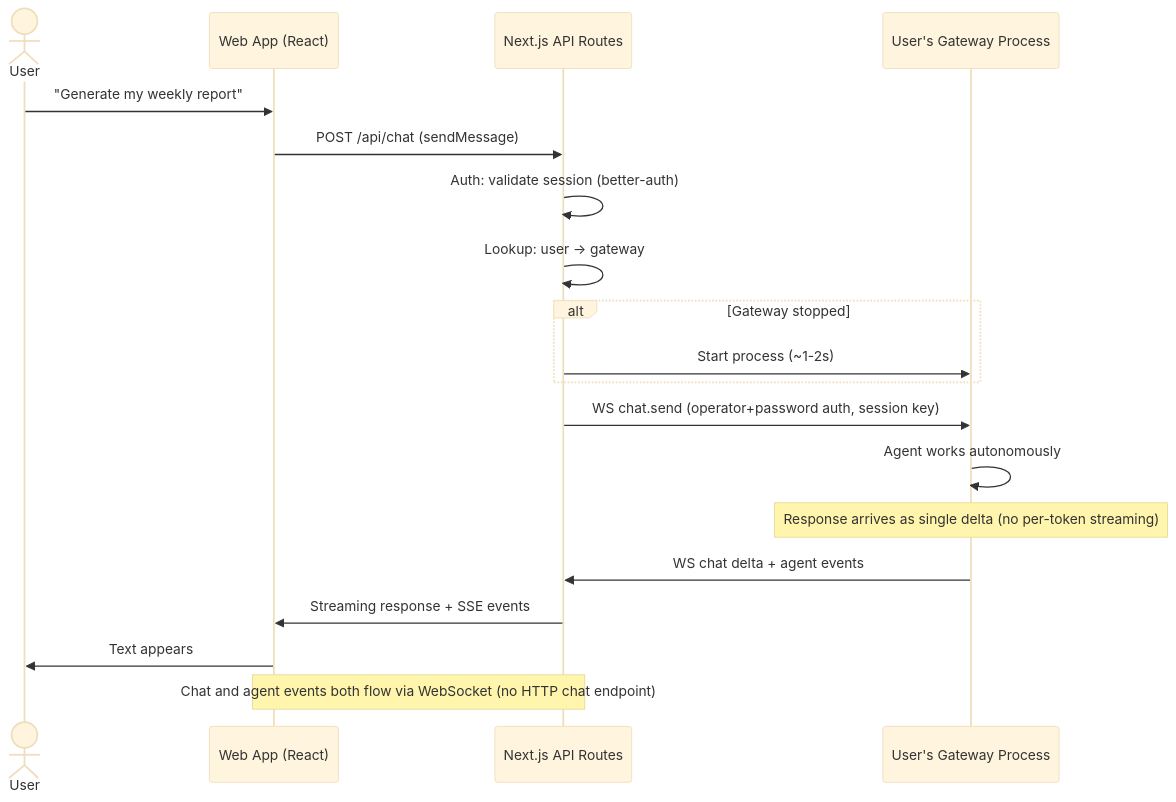
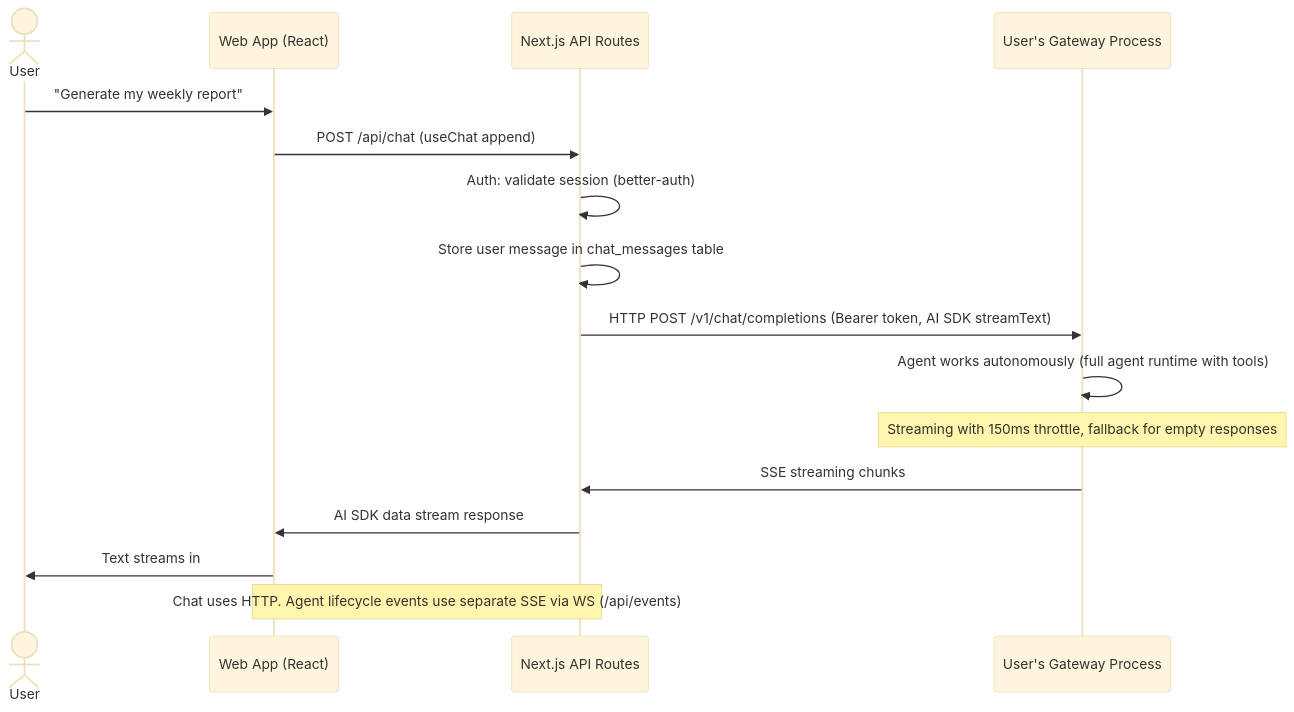
Before and after one commit to 1qh/claw: the fourth of 6 diagrams in brainstorm/architecture/overview.md, drawn with Mermaid (base theme). The commit also changed other lines of this file and 6 other files, not shown here.

````diff
--- a/brainstorm/architecture/overview.md
+++ b/brainstorm/architecture/overview.md
@@ -104,26 +103,22 @@
 ```mermaid
 sequenceDiagram
     actor User
     participant FE as Web App (React)
     participant API as Next.js API Routes
     participant GW as User's Gateway Process
 
     User->>FE: "Generate my weekly report"
-    FE->>API: POST /api/chat (sendMessage)
+    FE->>API: POST /api/chat (useChat append)
     API->>API: Auth: validate session (better-auth)
-    API->>API: Lookup: user → gateway
+    API->>API: Store user message in chat_messages table
 
-    alt Gateway stopped
-        API->>GW: Start process (~1-2s)
-    end
+    API->>GW: HTTP POST /v1/chat/completions (Bearer token, AI SDK streamText)
+    GW->>GW: Agent works autonomously (full agent runtime with tools)
+    Note over GW: Streaming with 150ms throttle, fallback for empty responses
 
-    API->>GW: WS chat.send (operator+password auth, session key)
-    GW->>GW: Agent works autonomously
-    Note over GW: Response arrives as single delta (no per-token streaming)
+    GW->>API: SSE streaming chunks
+    API->>FE: AI SDK data stream response
+    FE->>User: Text streams in
 
-    GW->>API: WS chat delta + agent events
-    API->>FE: Streaming response + SSE events
-    FE->>User: Text appears
-
-    Note over FE,API: Chat and agent events both flow via WebSocket (no HTTP chat endpoint)
+    Note over FE,API: Chat uses HTTP. Agent lifecycle events use separate SSE via WS (/api/events)
 ```
````
